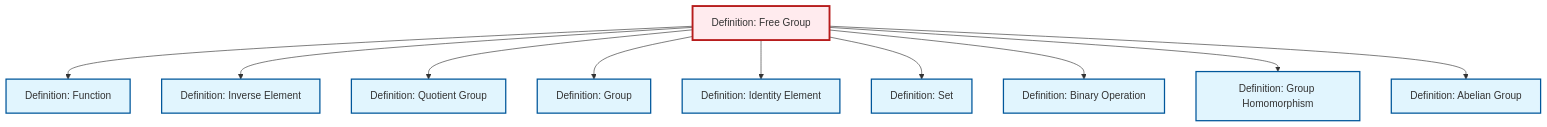
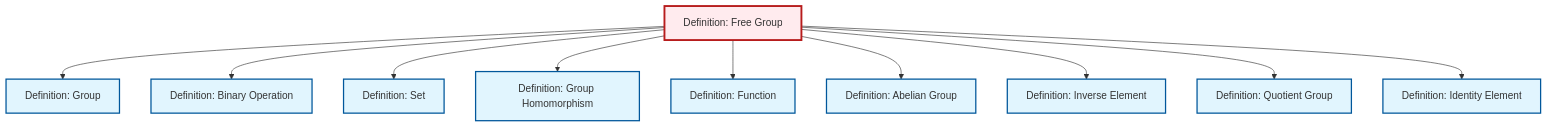
Before and after one commit to RK0429/ModernMath: the diagram in content/en/algebra/def-free-group.qmd, drawn with Mermaid. The commit also changed other lines of this file and 328 other files, not shown here.

````diff
--- a/content/en/algebra/def-free-group.qmd
+++ b/content/en/algebra/def-free-group.qmd
@@ -100,38 +100,38 @@
 ```{mermaid}
 %%| fig-cap: "Local dependency graph"
 graph TD
     classDef definition fill:#e1f5fe,stroke:#01579b,stroke-width:2px
     classDef theorem fill:#f3e5f5,stroke:#4a148c,stroke-width:2px
     classDef axiom fill:#fff3e0,stroke:#e65100,stroke-width:2px
     classDef example fill:#e8f5e9,stroke:#1b5e20,stroke-width:2px
     classDef current fill:#ffebee,stroke:#b71c1c,stroke-width:3px
+    def-identity-element["Definition: Identity Element"]:::definition
+    def-function["Definition: Function"]:::definition
+    def-abelian-group["Definition: Abelian Group"]:::definition
     def-inverse-element["Definition: Inverse Element"]:::definition
     def-set["Definition: Set"]:::definition
+    def-homomorphism["Definition: Group Homomorphism"]:::definition
+    def-group["Definition: Group"]:::definition
+    def-binary-operation["Definition: Binary Operation"]:::definition
+    def-free-group["Definition: Free Group"]:::definition
     def-quotient-group["Definition: Quotient Group"]:::definition
-    def-binary-operation["Definition: Binary Operation"]:::definition
-    def-function["Definition: Function"]:::definition
-    def-homomorphism["Definition: Group Homomorphism"]:::definition
-    def-free-group["Definition: Free Group"]:::definition
-    def-group["Definition: Group"]:::definition
-    def-identity-element["Definition: Identity Element"]:::definition
-    def-abelian-group["Definition: Abelian Group"]:::definition
+    def-free-group --> def-group
+    def-free-group --> def-binary-operation
+    def-free-group --> def-set
+    def-free-group --> def-homomorphism
     def-free-group --> def-function
+    def-free-group --> def-abelian-group
     def-free-group --> def-inverse-element
     def-free-group --> def-quotient-group
-    def-free-group --> def-group
     def-free-group --> def-identity-element
-    def-free-group --> def-set
-    def-free-group --> def-binary-operation
-    def-free-group --> def-homomorphism
-    def-free-group --> def-abelian-group
     class def-free-group current
+    click def-identity-element "def-identity-element.html" "Go to Identity Element definition"
+    click def-function "def-function.html" "Go to Function definition"
+    click def-abelian-group "def-abelian-group.html" "Go to Abelian Group definition"
     click def-inverse-element "def-inverse-element.html" "Go to Inverse Element definition"
     click def-set "def-set.html" "Go to Set definition"
-    click def-quotient-group "def-quotient-group.html" "Go to Quotient Group definition"
-    click def-binary-operation "def-binary-operation.html" "Go to Binary Operation definition"
-    click def-function "def-function.html" "Go to Function definition"
     click def-homomorphism "def-homomorphism.html" "Go to Group Homomorphism definition"
     click def-group "def-group.html" "Go to Group definition"
-    click def-identity-element "def-identity-element.html" "Go to Identity Element definition"
-    click def-abelian-group "def-abelian-group.html" "Go to Abelian Group definition"
+    click def-binary-operation "def-binary-operation.html" "Go to Binary Operation definition"
+    click def-quotient-group "def-quotient-group.html" "Go to Quotient Group definition"
 ```
````
